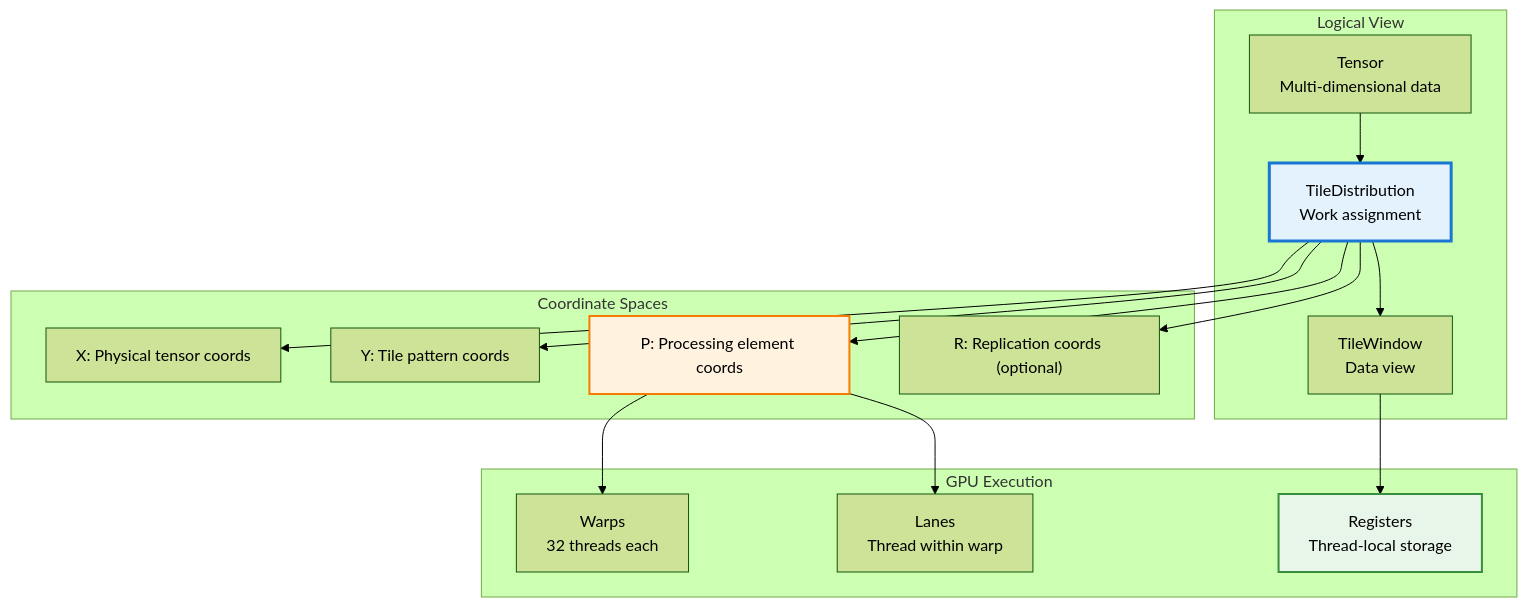
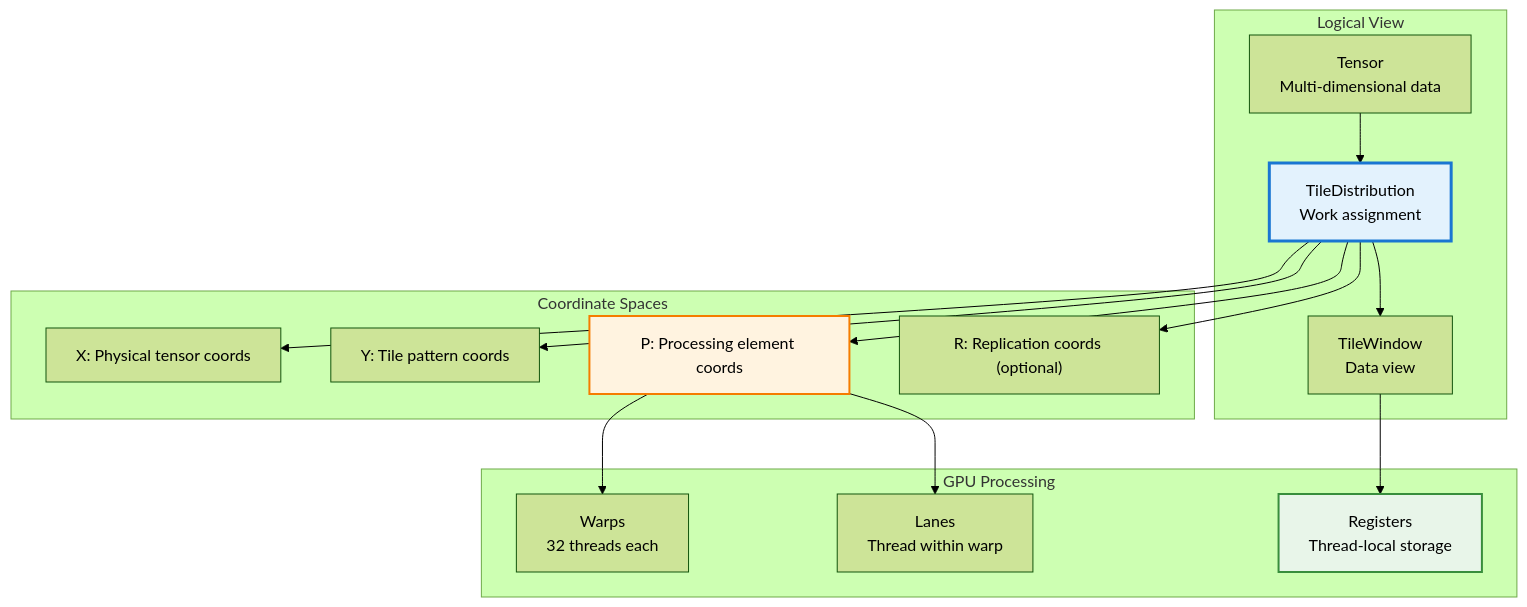
One commit to ROCm/composable_kernel changed the first of 7 diagrams in docs/conceptual/ck_tile/tile_distribution.rst. Above: the diagram before and after it, drawn with Mermaid (forest theme). The commit also changed other lines of this file and 26 other files, not shown here.

```diff
--- a/docs/conceptual/ck_tile/tile_distribution.rst
+++ b/docs/conceptual/ck_tile/tile_distribution.rst
@@ -28,37 +28,37 @@
       .. mermaid::
       
          graph TB
              subgraph "Logical View"
                  T["Tensor<br/>Multi-dimensional data"]
                  TD["TileDistribution<br/>Work assignment"]
                  TW["TileWindow<br/>Data view"]
              end
    
              subgraph "Coordinate Spaces"
                  X["X: Physical tensor coords"]
                  Y["Y: Tile pattern coords"]
                  P["P: Processing element coords"]
                  R["R: Replication coords (optional)"]
              end
    
-             subgraph "GPU Execution"
+             subgraph "GPU Processing"
                  W["Warps<br/>32 threads each"]
                  L["Lanes<br/>Thread within warp"]
                  REG["Registers<br/>Thread-local storage"]
              end
    
              T --> TD
              TD --> TW
    
              TD --> X
              TD --> Y
              TD --> P
              TD --> R
    
              P --> W
              P --> L
              TW --> REG
    
              style TD fill:#e3f2fd,stroke:#1976d2,stroke-width:3px
              style P fill:#fff3e0,stroke:#f57c00,stroke-width:2px
              style REG fill:#e8f5e9,stroke:#388e3c,stroke-width:2px
```
